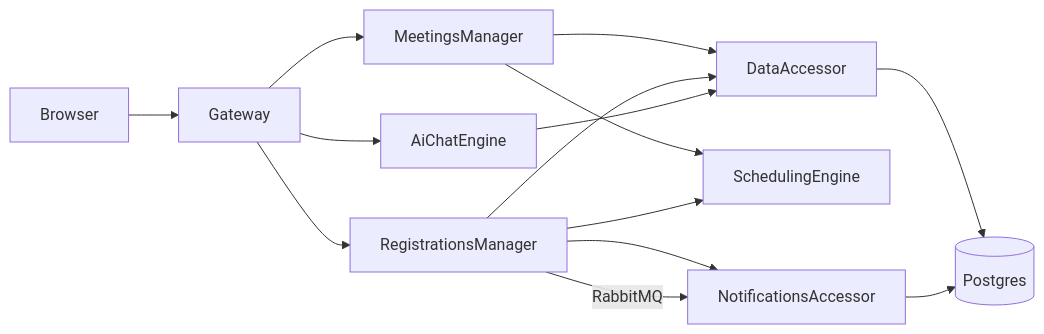
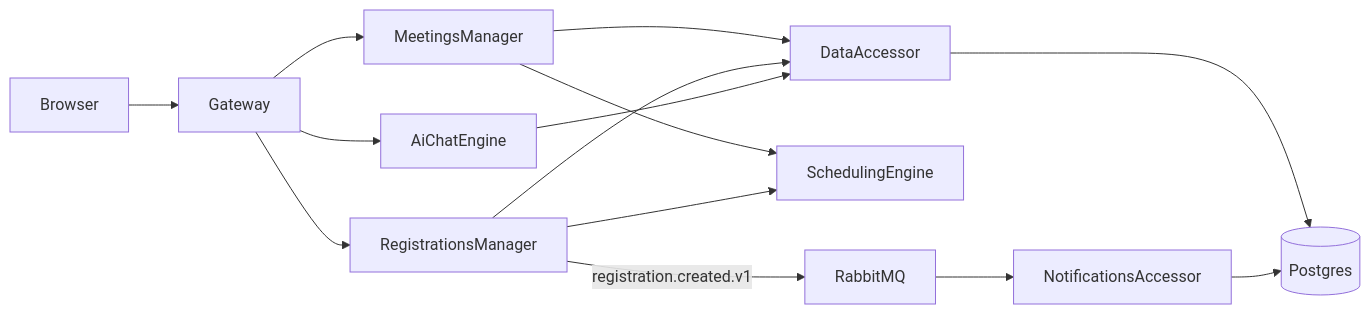
The diagram in MeetingFlow.Microservices/README.md (Dimland/MeetingFlow), drawn with Mermaid before and after one commit. The commit also changed other lines of this file and 78 other files, not shown here.

First line of the commit message:
Refactor RegistrationsManager to use DTOs and integrate new contracts (#5)

````diff
--- a/MeetingFlow.Microservices/README.md
+++ b/MeetingFlow.Microservices/README.md
@@ -87,16 +74,16 @@
 ```mermaid
 graph LR
     Browser --> Gateway
     Gateway --> MeetingsManager
     Gateway --> RegistrationsManager
     Gateway --> AiChatEngine
     MeetingsManager --> DataAccessor
     MeetingsManager --> SchedulingEngine
     RegistrationsManager --> DataAccessor
     RegistrationsManager --> SchedulingEngine
-    RegistrationsManager --> NotificationsAccessor
-    RegistrationsManager -->|RabbitMQ| NotificationsAccessor
+    RegistrationsManager -->|registration.created.v1| RabbitMQ
+    RabbitMQ --> NotificationsAccessor
     AiChatEngine --> DataAccessor
     DataAccessor --> Postgres[(Postgres)]
     NotificationsAccessor --> Postgres[(Postgres)]
 ```
````
